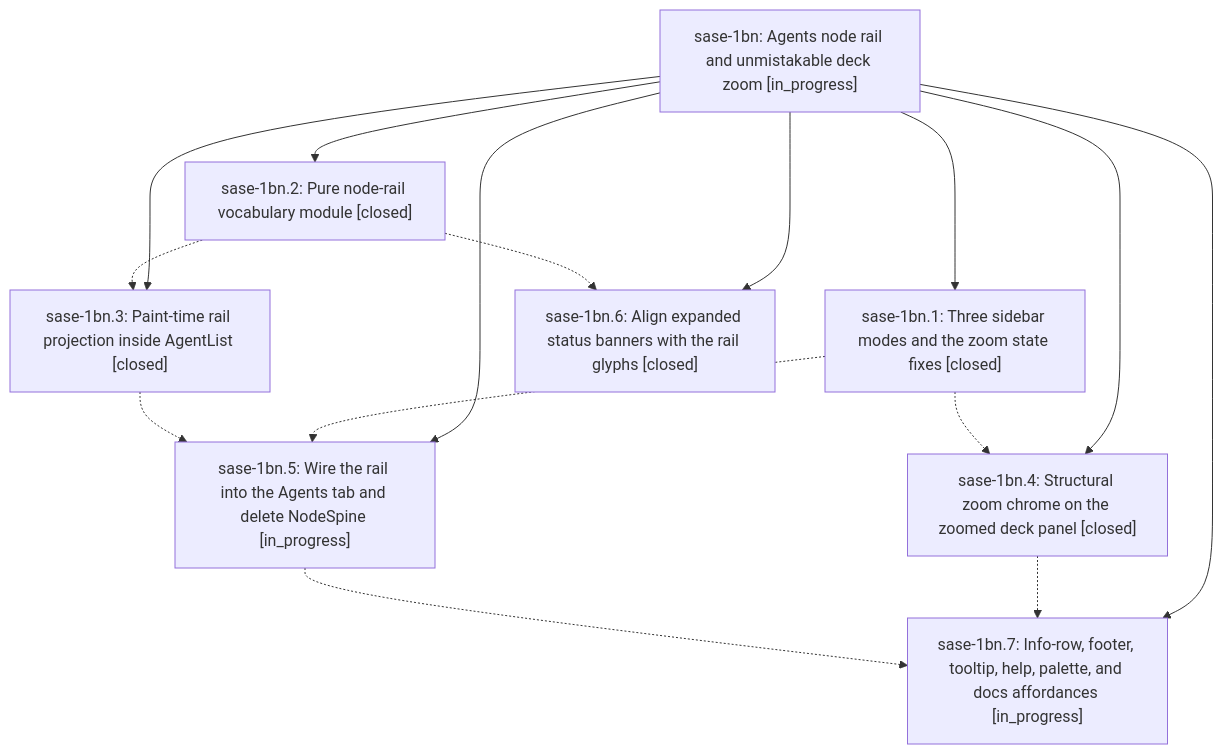
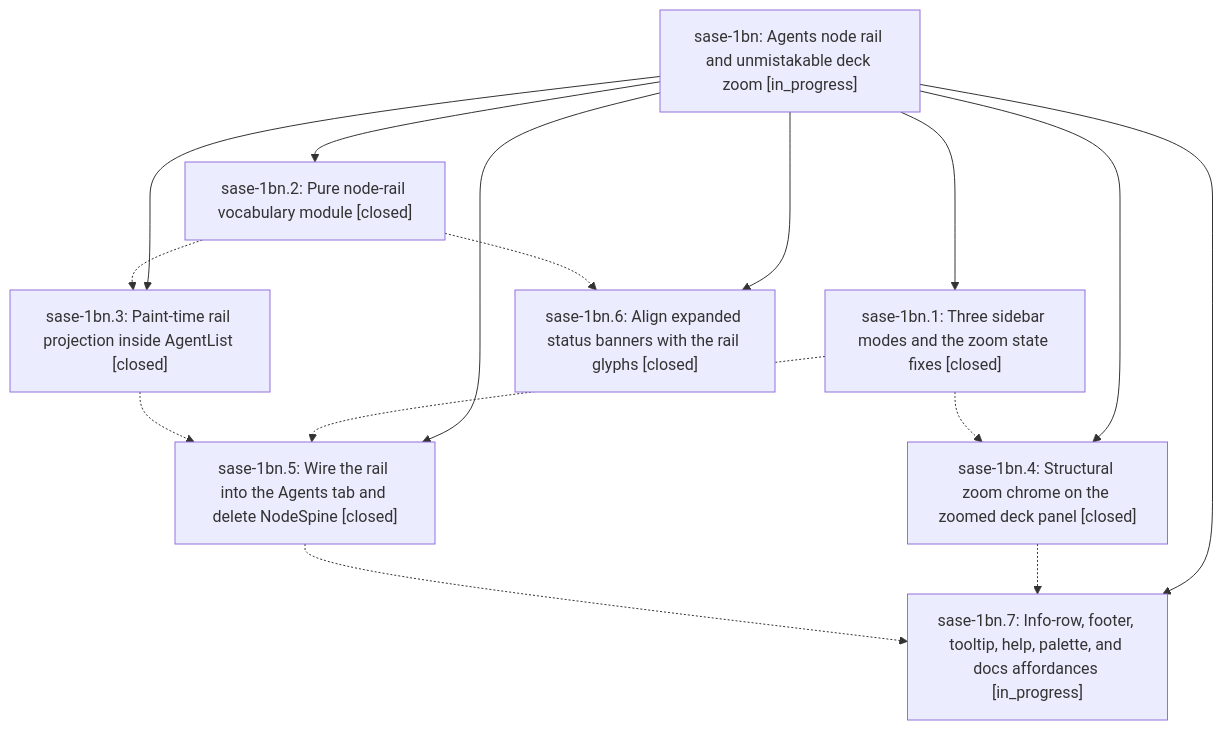
One commit to sase-org/sase--beads changed the diagram in pages/sase-1bn/README.md. Above: the diagram before and after it, drawn with Mermaid. The commit also changed other lines of this file and 5 other files, not shown here.

````diff
--- a/pages/sase-1bn/README.md
+++ b/pages/sase-1bn/README.md
@@ -40,25 +46,25 @@
 ```mermaid
 flowchart TD
     n0["sase-1bn: Agents node rail and unmistakable deck zoom [in_progress]"]
     n1["sase-1bn.1: Three sidebar modes and the zoom state fixes [closed]"]
     n2["sase-1bn.2: Pure node-rail vocabulary module [closed]"]
     n3["sase-1bn.3: Paint-time rail projection inside AgentList [closed]"]
     n4["sase-1bn.4: Structural zoom chrome on the zoomed deck panel [closed]"]
-    n5["sase-1bn.5: Wire the rail into the Agents tab and delete NodeSpine [in_progress]"]
+    n5["sase-1bn.5: Wire the rail into the Agents tab and delete NodeSpine [closed]"]
     n6["sase-1bn.6: Align expanded status banners with the rail glyphs [closed]"]
     n7["sase-1bn.7: Info-row, footer, tooltip, help, palette, and docs affordances [in_progress]"]
     n0 --> n1
     n0 --> n2
     n0 --> n3
     n0 --> n4
     n0 --> n5
     n0 --> n6
     n0 --> n7
     n1 -.-> n4
     n1 -.-> n5
     n2 -.-> n3
     n2 -.-> n6
     n3 -.-> n5
     n4 -.-> n7
     n5 -.-> n7
 ```
````
